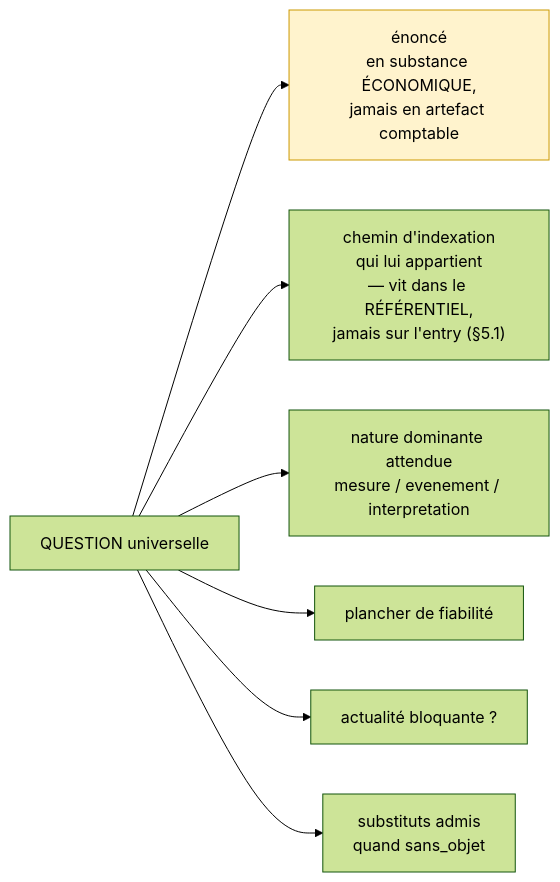
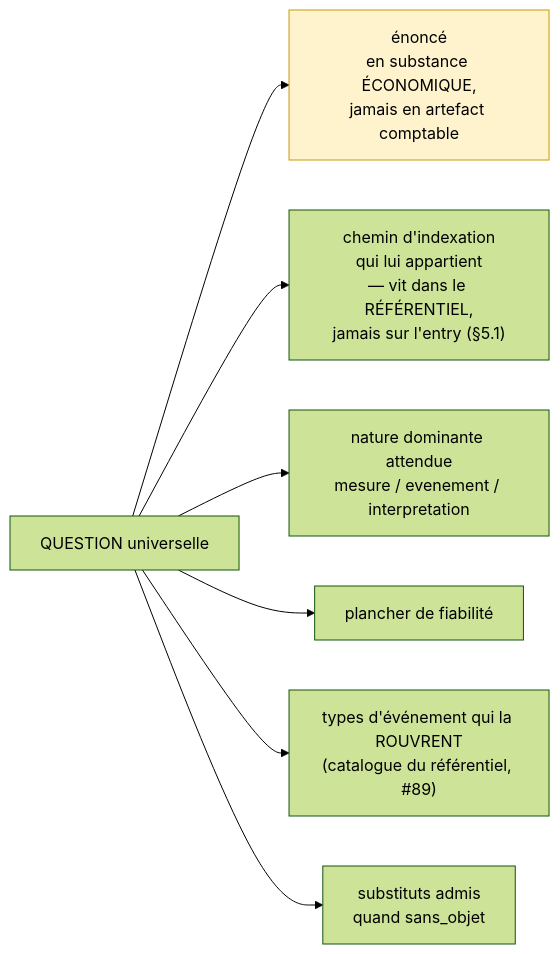
The fourth of 15 diagrams in projects/portfolio-tracker/roadmap/V3/03-spec-frameworks.md (jeanlangloismeurinne/ai-vps-projects), drawn with Mermaid (forest theme) before and after one commit. The commit also changed other lines of this file and 18 other files, not shown here.

First line of the commit message:
portfolio-tracker V3 lot 7 — ce qu'un événement ROUVRE (#89) : catalogue types_evenement + rouverte_par requis par question, type d'un dépôt par sa forme (a_qualifier sinon), horloge PAR QUESTION dans le dossier, le comité et le PV

````diff
--- a/projects/portfolio-tracker/roadmap/V3/03-spec-frameworks.md
+++ b/projects/portfolio-tracker/roadmap/V3/03-spec-frameworks.md
@@ -351,10 +351,10 @@
 ```mermaid
 graph LR
   Q["QUESTION universelle"] --> ENON["énoncé<br/>en substance ÉCONOMIQUE,<br/>jamais en artefact comptable"]
   Q --> CHEMIN["chemin d'indexation<br/>qui lui appartient<br/>— vit dans le RÉFÉRENTIEL,<br/>jamais sur l'entry (§5.1)"]
   Q --> NAT["nature dominante attendue<br/>mesure / evenement / interpretation"]
   Q --> PLANCHER["plancher de fiabilité"]
-  Q --> ACTU["actualité bloquante ?"]
+  Q --> ACTU["types d'événement qui la ROUVRENT<br/>(catalogue du référentiel, #89)"]
   Q --> SUBST["substituts admis<br/>quand sans_objet"]
   style ENON fill:#fff3cd,stroke:#c90
 ```
````
